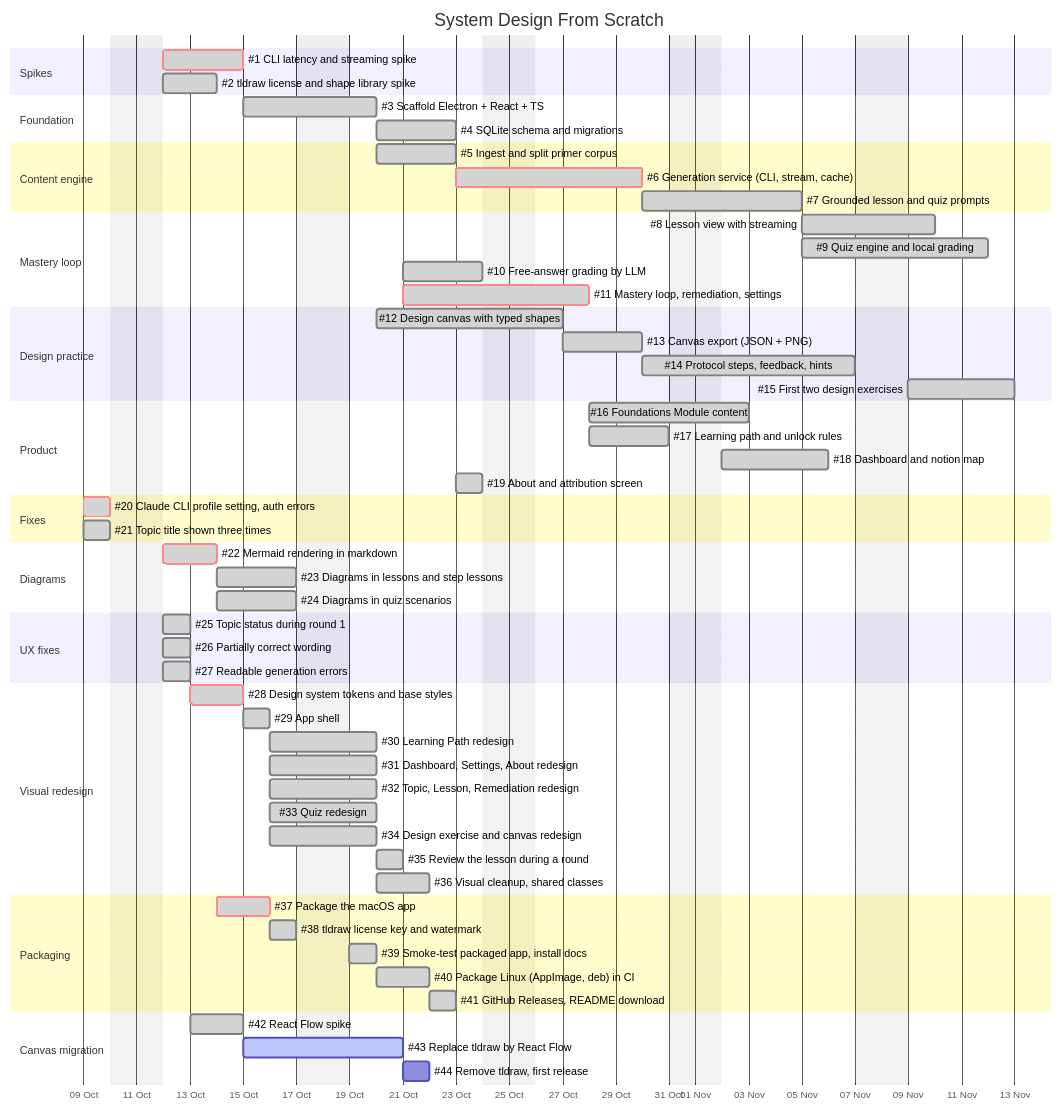
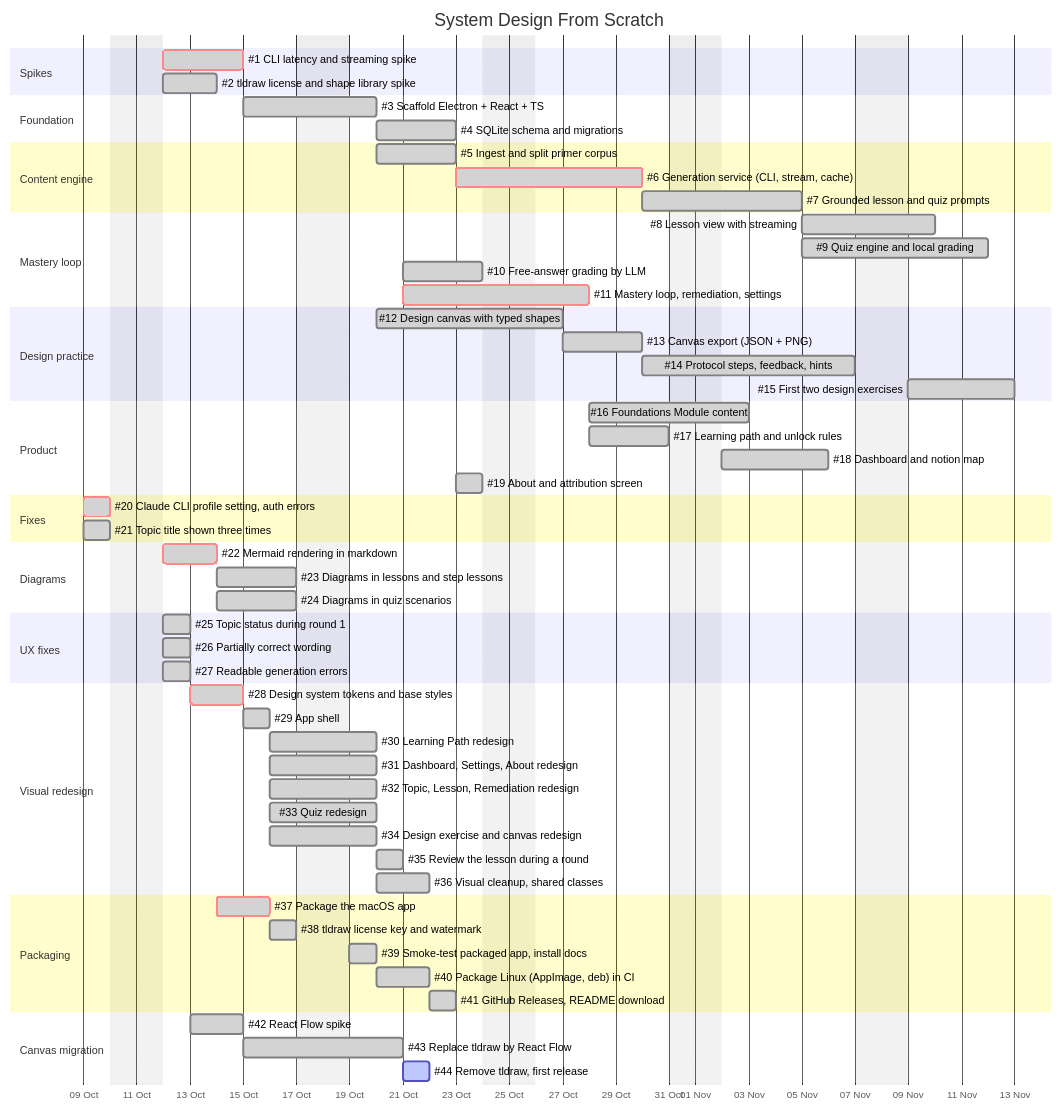
The diagram in docs/ROADMAP.md (jbclaramonte/system-design-from-scratch), drawn with Mermaid before and after one commit. The commit also changed other lines of this file and 68 other files, not shown here.

First line of the commit message:
feat: Design Canvas runs on React Flow, tldraw code removed

````diff
--- a/docs/ROADMAP.md
+++ b/docs/ROADMAP.md
@@ -13,75 +13,75 @@
 ```mermaid
 gantt
     title System Design From Scratch
     dateFormat YYYY-MM-DD
     excludes weekends
     axisFormat %d %b
 
     section Spikes
     #1 CLI latency and streaming spike        :done, crit, s1, 2026-10-12, 3d
     #2 tldraw license and shape library spike :done, s2, 2026-10-12, 2d
 
     section Foundation
     #3 Scaffold Electron + React + TS         :done, f1, after s1, 3d
     #4 SQLite schema and migrations           :done, f2, after f1, 3d
 
     section Content engine
     #5 Ingest and split primer corpus         :done, c1, after f1, 3d
     #6 Generation service (CLI, stream, cache):done, crit, c2, after f2, 5d
     #7 Grounded lesson and quiz prompts       :done, c3, after c1 c2, 4d
 
     section Mastery loop
     #8 Lesson view with streaming             :done, m1, after c3, 3d
     #9 Quiz engine and local grading          :done, m2, after c3, 5d
     #10 Free-answer grading by LLM            :done, m3, after m2, 3d
     #11 Mastery loop, remediation, settings   :done, crit, m4, after m1 m2, 5d
 
     section Design practice
     #12 Design canvas with typed shapes       :done, d1, after s2 f1, 5d
     #13 Canvas export (JSON + PNG)            :done, d2, after d1, 3d
     #14 Protocol steps, feedback, hints       :done, d3, after d2 m4, 6d
     #15 First two design exercises            :done, d4, after d3, 4d
 
     section Product
     #16 Foundations Module content            :done, p1, after m4, 4d
     #17 Learning path and unlock rules        :done, p2, after m4, 3d
     #18 Dashboard and notion map              :done, p3, after p2, 4d
     #19 About and attribution screen          :done, p4, after c1, 1d
 
     section Fixes
     #20 Claude CLI profile setting, auth errors :done, crit, x1, 2026-10-09, 1d
     #21 Topic title shown three times         :done, x2, 2026-10-09, 1d
 
     section Diagrams
     #22 Mermaid rendering in markdown         :done, crit, g1, 2026-10-12, 2d
     #23 Diagrams in lessons and step lessons  :done, g2, after g1, 3d
     #24 Diagrams in quiz scenarios            :done, g3, after g1, 3d
 
     section UX fixes
     #25 Topic status during round 1           :done, u1, 2026-10-12, 1d
     #26 Partially correct wording             :done, u2, 2026-10-12, 1d
     #27 Readable generation errors            :done, u3, 2026-10-12, 1d
 
     section Visual redesign
     #28 Design system tokens and base styles  :done, crit, v1, 2026-10-13, 2d
     #29 App shell                             :done, v2, after v1, 1d
     #30 Learning Path redesign                :done, v3, after v2, 2d
     #31 Dashboard, Settings, About redesign   :done, v4, after v2, 2d
     #32 Topic, Lesson, Remediation redesign   :done, v5, after v2, 2d
     #33 Quiz redesign                         :done, v6, after v2, 2d
     #34 Design exercise and canvas redesign   :done, v7, after v2, 2d
     #35 Review the lesson during a round      :done, v8, after v5, 1d
     #36 Visual cleanup, shared classes        :done, v9, after v7, 2d
 
     section Packaging
     #37 Package the macOS app                 :done, crit, k1, 2026-10-14, 2d
     #38 tldraw license key and watermark      :done, k2, after k1, 1d
     #39 Smoke-test packaged app, install docs :done, k3, after k2, 1d
     #40 Package Linux (AppImage, deb) in CI   :done, k4, after k3, 2d
     #41 GitHub Releases, README download      :done, k5, after k4, 1d
 
     section Canvas migration
     #42 React Flow spike                      :done, m1, 2026-10-13, 2d
-    #43 Replace tldraw by React Flow          :active, m2, after m1, 4d
-    #44 Remove tldraw, first release          :m3, after m2, 1d
+    #43 Replace tldraw by React Flow          :done, m2, after m1, 4d
+    #44 Remove tldraw, first release          :active, m3, after m2, 1d
 ```
````
